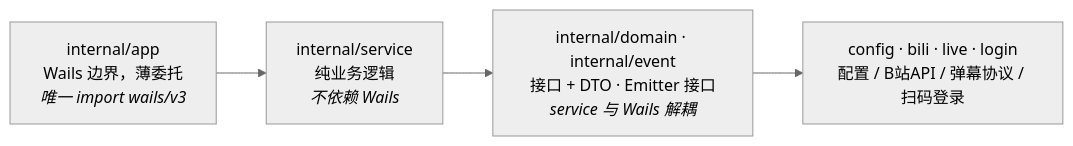
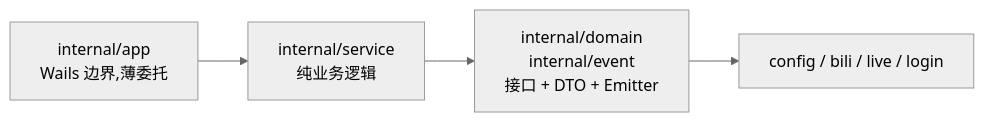
The diagram in docs/architecture/overview.md (aDarkMaker/BiliLuckyDraw), drawn with Mermaid (neutral theme) before and after one commit. The commit also changed 1 other file, not shown here.

Commit message:
docs: 精简后端分层图文字,避免横向溢出

````diff
--- a/docs/architecture/overview.md
+++ b/docs/architecture/overview.md
@@ -7,9 +7,9 @@
 ```mermaid
 flowchart LR
-    App["internal/app<br/>Wails 边界，薄委托<br/><i>唯一 import wails/v3</i>"]
-    Svc["internal/service<br/>纯业务逻辑<br/><i>不依赖 Wails</i>"]
-    Dom["internal/domain · internal/event<br/>接口 + DTO · Emitter 接口<br/><i>service 与 Wails 解耦</i>"]
-    Base["config · bili · live · login<br/>配置 / B站API / 弹幕协议 / 扫码登录"]
+    App["internal/app<br/>Wails 边界,薄委托"]
+    Svc["internal/service<br/>纯业务逻辑"]
+    Dom["internal/domain<br/>internal/event<br/>接口 + DTO + Emitter"]
+    Base["config / bili / live / login"]
 
     App --> Svc --> Dom --> Base
 ```
````
